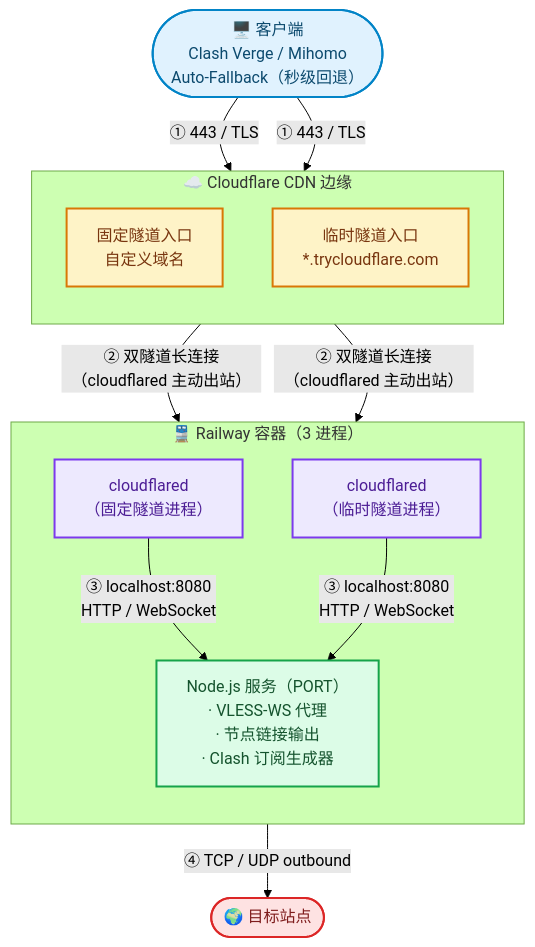
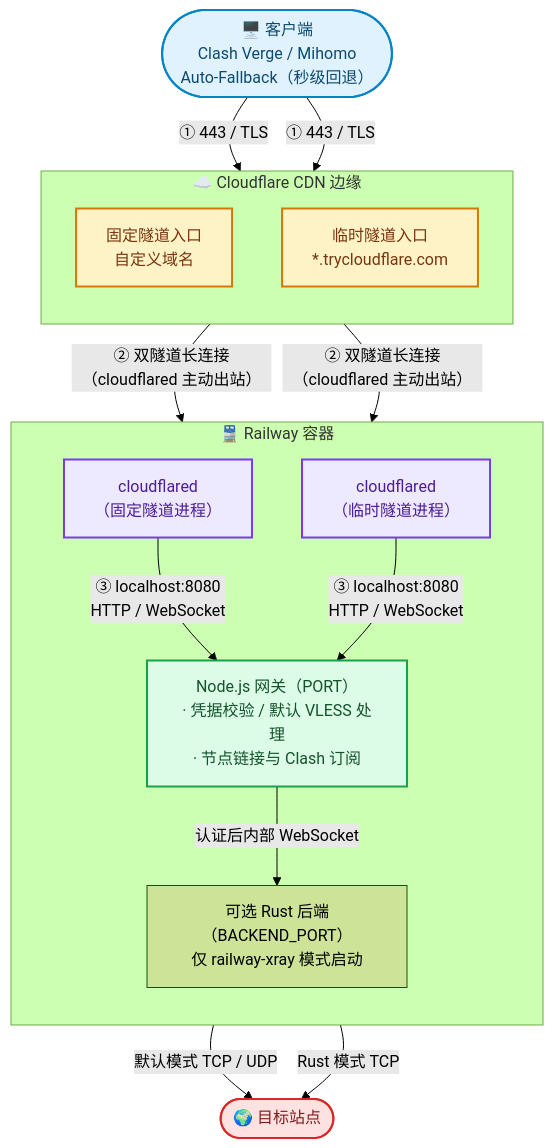
One commit to sam77889/railway-go changed the diagram in README.md. Above: the diagram before and after it, drawn with Mermaid (forest theme). The commit also changed other lines of this file and 17 other files, not shown here.

First line of the commit message:
feat: merge authenticated Railway Xray backend

````diff
--- a/README.md
+++ b/README.md
@@ -31,39 +41,42 @@
 ```mermaid
 flowchart TD
     Client(["🖥️ 客户端<br/>Clash Verge / Mihomo<br/>Auto-Fallback（秒级回退）"])
 
     subgraph CDN["☁️ Cloudflare CDN 边缘"]
         direction TB
         FixedEntry["固定隧道入口<br/>自定义域名"]
         TmpEntry["临时隧道入口<br/>*.trycloudflare.com"]
     end
 
-    subgraph Rail["🚆 Railway 容器（3 进程）"]
+    subgraph Rail["🚆 Railway 容器"]
         direction TB
         CFFixed["cloudflared<br/>（固定隧道进程）"]
         CFTmp["cloudflared<br/>（临时隧道进程）"]
-        Node["Node.js 服务（PORT）<br/>· VLESS-WS 代理<br/>· 节点链接输出<br/>· Clash 订阅生成器"]
+        Node["Node.js 网关（PORT）<br/>· 凭据校验 / 默认 VLESS 处理<br/>· 节点链接与 Clash 订阅"]
+        Rust["可选 Rust 后端（BACKEND_PORT）<br/>仅 railway-xray 模式启动"]
         CFFixed -->|"③ localhost:8080<br/>HTTP / WebSocket"| Node
         CFTmp -->|"③ localhost:8080<br/>HTTP / WebSocket"| Node
+        Node -->|"认证后内部 WebSocket"| Rust
     end
 
     Target(["🌍 目标站点"])
 
     Client -->|"① 443 / TLS"| FixedEntry
     Client -->|"① 443 / TLS"| TmpEntry
     FixedEntry -->|"② 双隧道长连接（cloudflared 主动出站）"| CFFixed
     TmpEntry -->|"② 双隧道长连接（cloudflared 主动出站）"| CFTmp
-    Node -->|"④ TCP / UDP outbound"| Target
+    Node -->|"默认模式 TCP / UDP"| Target
+    Rust -->|"Rust 模式 TCP"| Target
 
     classDef client fill:#e0f2fe,stroke:#0284c7,stroke-width:2px,color:#0c4a6e
     classDef cdn fill:#fef3c7,stroke:#d97706,stroke-width:2px,color:#78350f
     classDef proc fill:#ede9fe,stroke:#7c3aed,stroke-width:2px,color:#4c1d95
     classDef nodejs fill:#dcfce7,stroke:#16a34a,stroke-width:2px,color:#14532d
     classDef target fill:#fee2e2,stroke:#dc2626,stroke-width:2px,color:#7f1d1d
 
     class Client client
     class FixedEntry,TmpEntry cdn
     class CFFixed,CFTmp proc
     class Node nodejs
     class Target target
 ```
````
